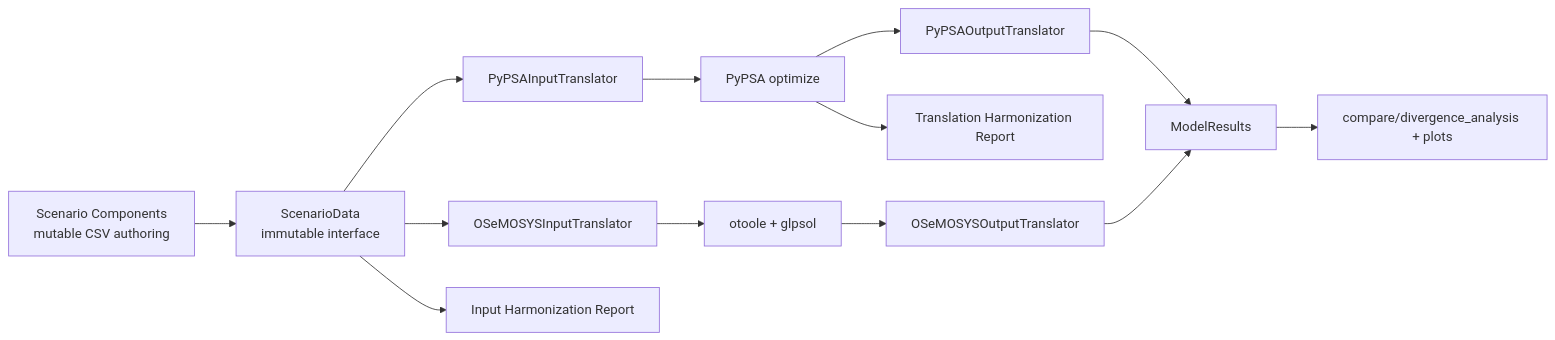
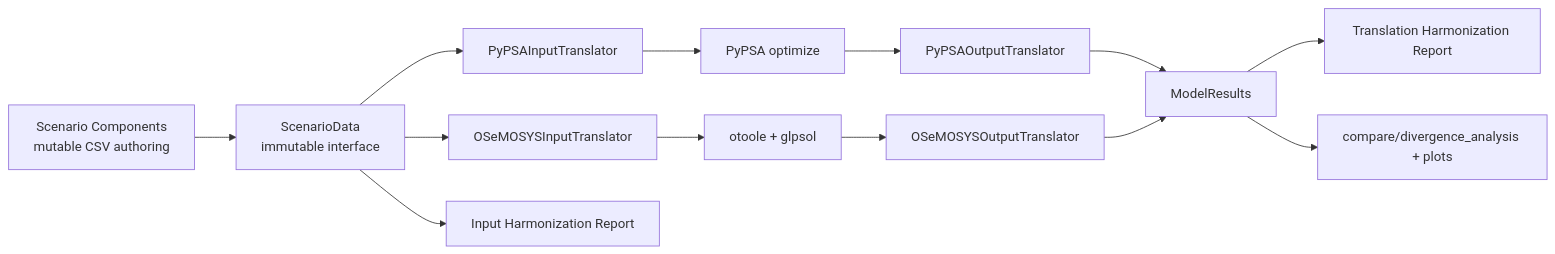
One commit to esemsc-as4623/pypsa-playground changed the diagram in pyoscomp/README.md. Above: the diagram before and after it, drawn with Mermaid. The commit also changed 1 other file, not shown here.

Commit message:
clean up READMEs

````diff
--- a/pyoscomp/README.md
+++ b/pyoscomp/README.md
@@ -32,15 +32,15 @@
 ```mermaid
 flowchart LR
         A[Scenario Components\nmutable CSV authoring] --> B[ScenarioData\nimmutable interface]
         B --> C[PyPSAInputTranslator]
         B --> D[OSeMOSYSInputTranslator]
         C --> E[PyPSA optimize]
         D --> F[otoole + glpsol]
         E --> G[PyPSAOutputTranslator]
         F --> H[OSeMOSYSOutputTranslator]
         G --> I[ModelResults]
         H --> I
         B --> J[Input Harmonization Report]
-        E --> K[Translation Harmonization Report]
+        I --> K[Translation Harmonization Report]
         I --> L[compare/divergence_analysis + plots]
 ```
````
